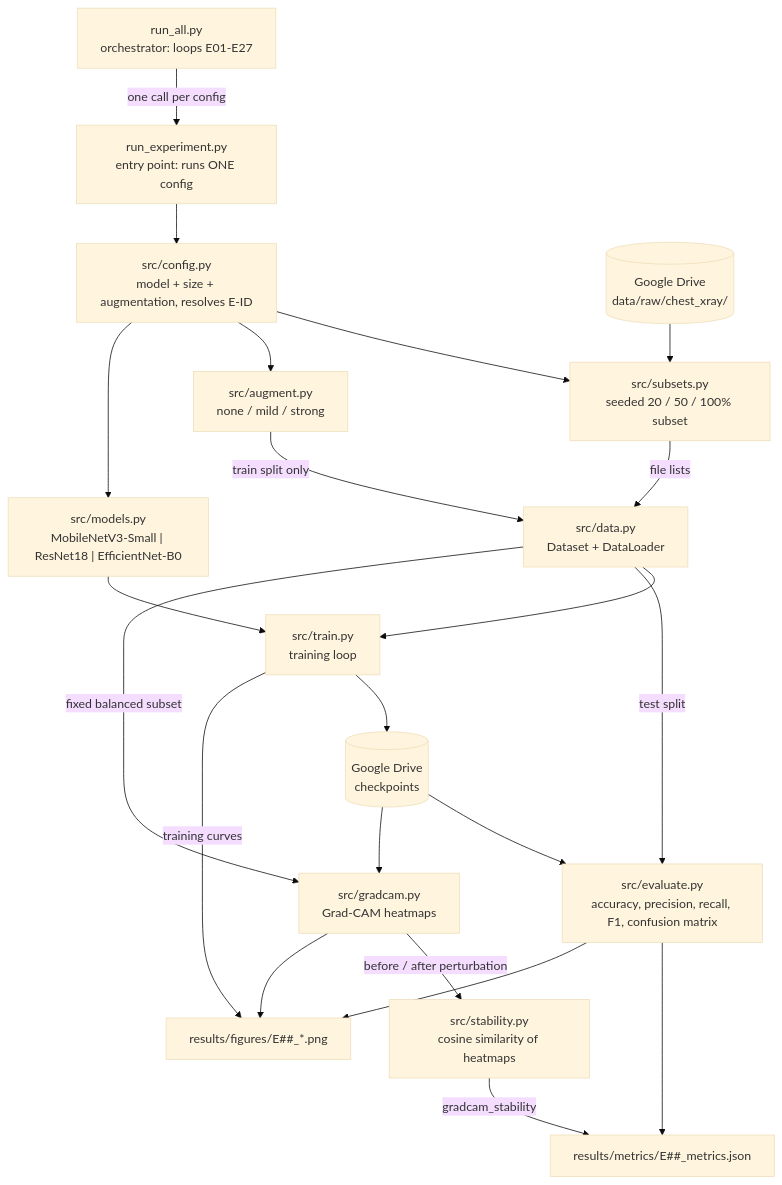
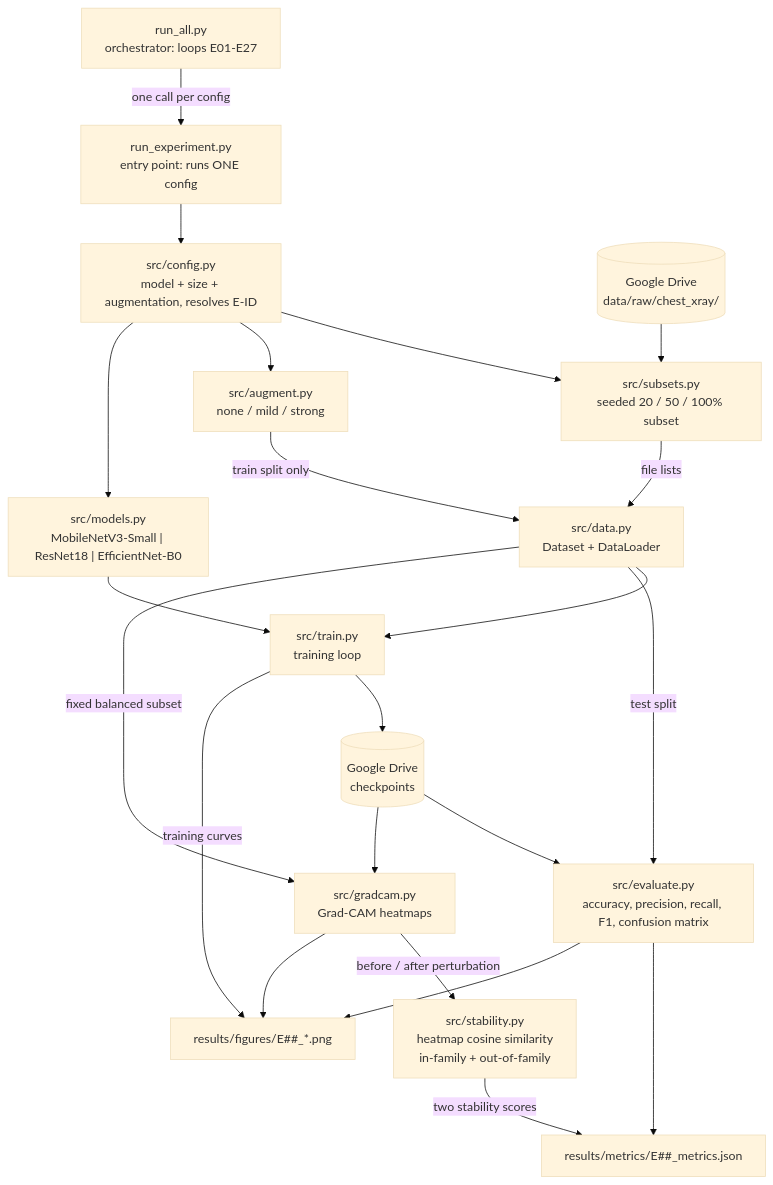
The diagram in docs/architecture.md (orbakish/limited-data-pneumonia-classification), drawn with Mermaid (base theme) before and after one commit. The commit also changed other lines of this file and 1 other file, not shown here.

Commit message:
Record augmentation redesign and two-way stability metric
NOTES.md: decide that augmentation must stay clinically realistic (no transform may change anatomy, laterality or visible pathology; no flip, crop, erasing or elastic warps), record the magnitudes decided so far with asymmetric zoom, and decide to measure Grad-CAM stability both in-family (aligned rotation) and out-of-family (Gaussian noise) so the metric does not favour augmented models by construction. Noise and blur are reserved for stability and never used as augmentation. Narrow question 7 and add questions 11-13, including Or's agreement on the framing change and the results schema. docs/architecture.md: update the stability block to the two-way measurement.

````diff
--- a/docs/architecture.md
+++ b/docs/architecture.md
@@ -12,48 +12,48 @@
 ```mermaid
 flowchart TD
     RA["run_all.py<br/>orchestrator: loops E01-E27"]
     RE["run_experiment.py<br/>entry point: runs ONE config"]
     CFG["src/config.py<br/>model + size + augmentation, resolves E-ID"]
 
     RA -->|"one call per config"| RE
     RE --> CFG
 
     RAW[("Google Drive<br/>data/raw/chest_xray/")]
     SUB["src/subsets.py<br/>seeded 20 / 50 / 100% subset"]
     DS["src/data.py<br/>Dataset + DataLoader"]
     AUG["src/augment.py<br/>none / mild / strong"]
 
     CFG --> SUB
     RAW --> SUB
     SUB -->|"file lists"| DS
     AUG -->|"train split only"| DS
     CFG --> AUG
 
     MOD["src/models.py<br/>MobileNetV3-Small | ResNet18 | EfficientNet-B0"]
     TR["src/train.py<br/>training loop"]
     CKPT[("Google Drive<br/>checkpoints")]
 
     CFG --> MOD
     DS --> TR
     MOD --> TR
     TR --> CKPT
 
     EV["src/evaluate.py<br/>accuracy, precision, recall, F1, confusion matrix"]
     GC["src/gradcam.py<br/>Grad-CAM heatmaps"]
-    ST["src/stability.py<br/>cosine similarity of heatmaps"]
+    ST["src/stability.py<br/>heatmap cosine similarity<br/>in-family + out-of-family"]
 
     CKPT --> EV
     CKPT --> GC
     DS -->|"test split"| EV
     DS -->|"fixed balanced subset"| GC
     GC -->|"before / after perturbation"| ST
 
     MET["results/metrics/E##_metrics.json"]
     FIG["results/figures/E##_*.png"]
 
     EV --> MET
-    ST -->|"gradcam_stability"| MET
+    ST -->|"two stability scores"| MET
     EV --> FIG
     GC --> FIG
     TR -->|"training curves"| FIG
 ```
````
